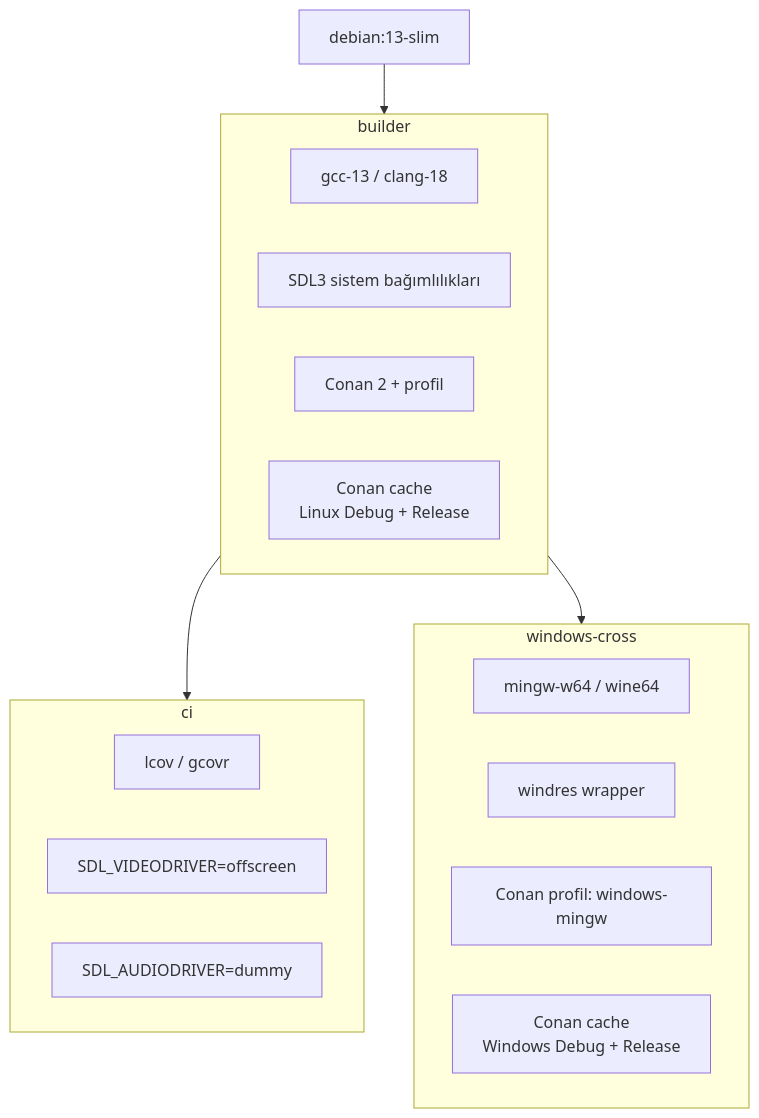
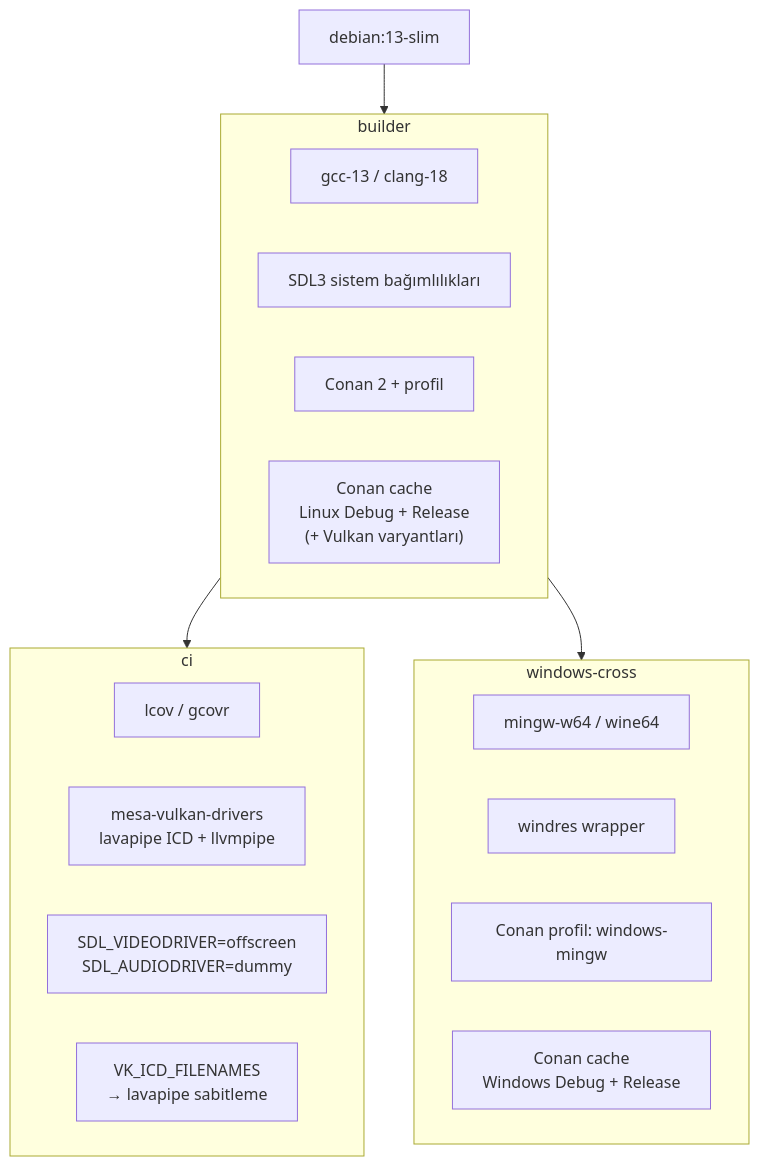
Before and after one commit to yazilimperver/sdl-painter: the first of 6 diagrams in doc/docker.md, drawn with Mermaid. The commit also changed other lines of this file and 24 other files, not shown here.

````diff
--- a/doc/docker.md
+++ b/doc/docker.md
@@ -5,29 +5,30 @@
 ```mermaid
 graph TD
     BASE["debian:13-slim"]
 
     BASE --> BUILDER
 
     subgraph BUILDER["builder"]
         B1["gcc-13 / clang-18"]
         B2["SDL3 sistem bağımlılıkları"]
         B3["Conan 2 + profil"]
-        B4["Conan cache\nLinux Debug + Release"]
+        B4["Conan cache\nLinux Debug + Release\n(+ Vulkan varyantları)"]
     end
 
     BUILDER --> CI
     BUILDER --> WIN
 
     subgraph CI["ci"]
         C1["lcov / gcovr"]
-        C2["SDL_VIDEODRIVER=offscreen"]
-        C3["SDL_AUDIODRIVER=dummy"]
+        C2["mesa-vulkan-drivers\nlavapipe ICD + llvmpipe"]
+        C3["SDL_VIDEODRIVER=offscreen\nSDL_AUDIODRIVER=dummy"]
+        C4["VK_ICD_FILENAMES\n→ lavapipe sabitleme"]
     end
 
     subgraph WIN["windows-cross"]
         W1["mingw-w64 / wine64"]
         W2["windres wrapper"]
         W3["Conan profil: windows-mingw"]
         W4["Conan cache\nWindows Debug + Release"]
     end
 ```
````
